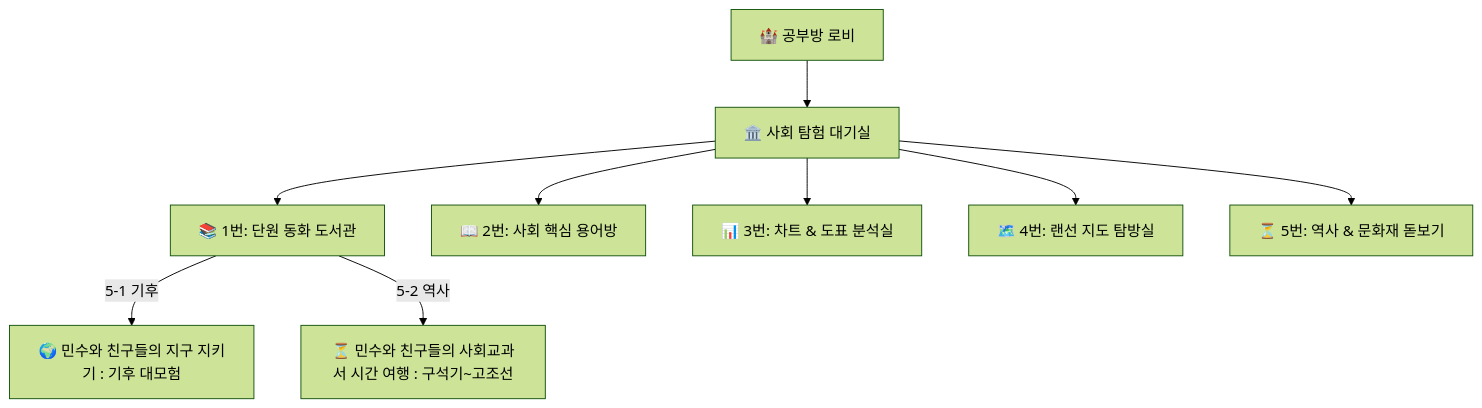
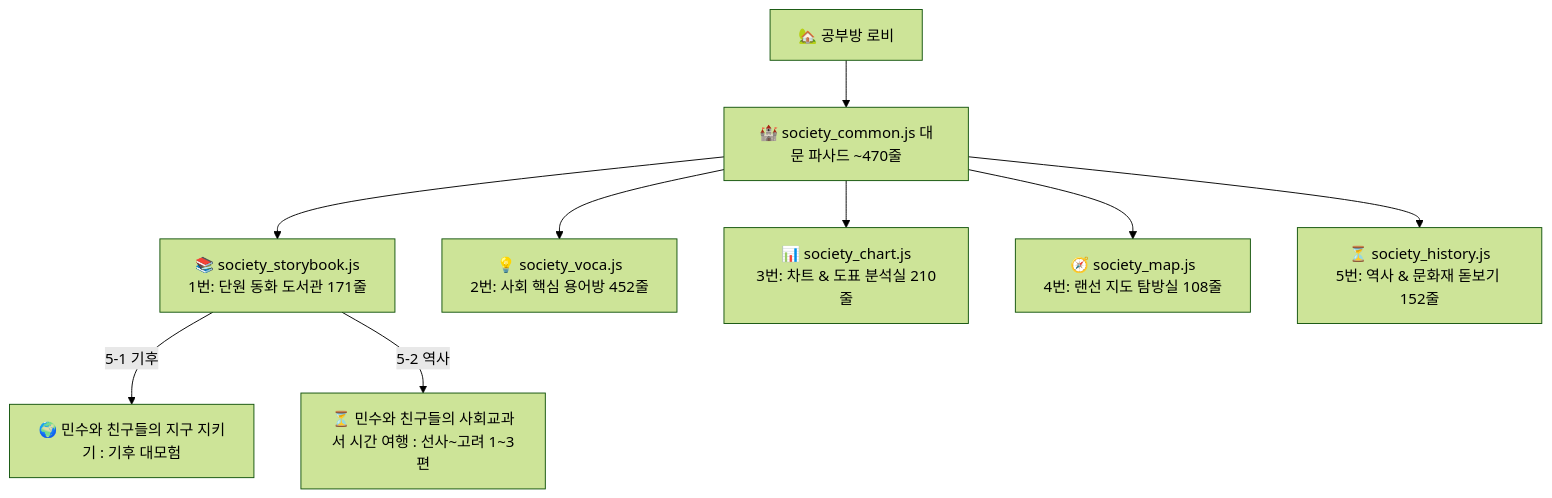
One commit to awslike6-web/kids-school changed the diagram in docs/society_spec.md. Above: the diagram before and after it, drawn with Mermaid (forest theme). The commit also changed other lines of this file and 8 other files, not shown here.

Commit message:
refactor(society): 사회방 엔진 골디락스 모듈화 완료 (대문 파사드 + 5대 전문 서브모듈 분리)

````diff
--- a/docs/society_spec.md
+++ b/docs/society_spec.md
@@ -17,13 +19,13 @@
 ```mermaid
 graph TD
-    Lobby[🏰 공부방 로비] --> Society[🏛️ 사회 탐험 대기실]
+    Lobby[🏡 공부방 로비] --> Facade[🏰 society_common.js 대문 파사드 ~470줄]
     
-    Society --> S0[📚 1번: 단원 동화 도서관]
-    Society --> S1[📖 2번: 사회 핵심 용어방]
-    Society --> S2[📊 3번: 차트 & 도표 분석실]
-    Society --> S3[🗺️ 4번: 랜선 지도 탐방실]
-    Society --> S4[⏳ 5번: 역사 & 문화재 돋보기]
+    Facade --> S0[📚 society_storybook.js<br/>1번: 단원 동화 도서관 171줄]
+    Facade --> S1[💡 society_voca.js<br/>2번: 사회 핵심 용어방 452줄]
+    Facade --> S2[📊 society_chart.js<br/>3번: 차트 & 도표 분석실 210줄]
+    Facade --> S3[🧭 society_map.js<br/>4번: 랜선 지도 탐방실 108줄]
+    Facade --> S4[⏳ society_history.js<br/>5번: 역사 & 문화재 돋보기 152줄]
     
     S0 -->|5-1 기후| Book1[🌍 민수와 친구들의 지구 지키기 : 기후 대모험]
-    S0 -->|5-2 역사| Book2[⏳ 민수와 친구들의 사회교과서 시간 여행 : 구석기~고조선]
+    S0 -->|5-2 역사| Book2[⏳ 민수와 친구들의 사회교과서 시간 여행 : 선사~고려 1~3편]
 ```
````
